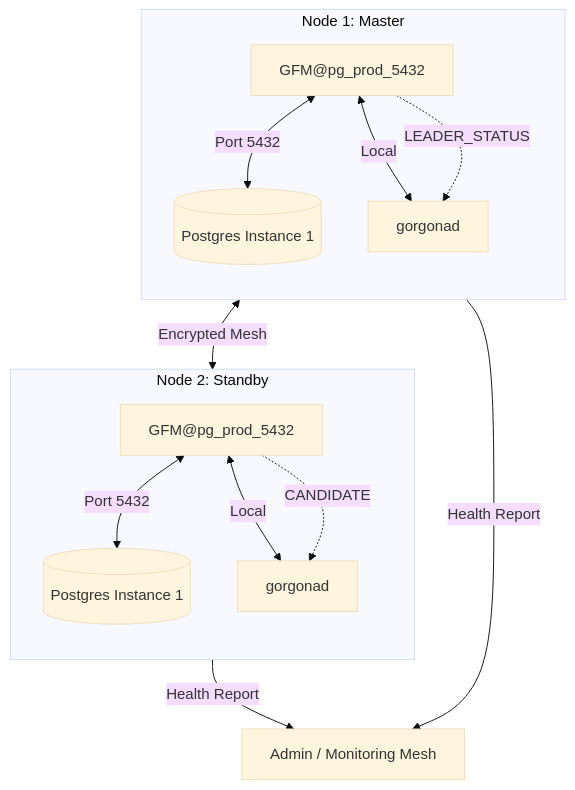
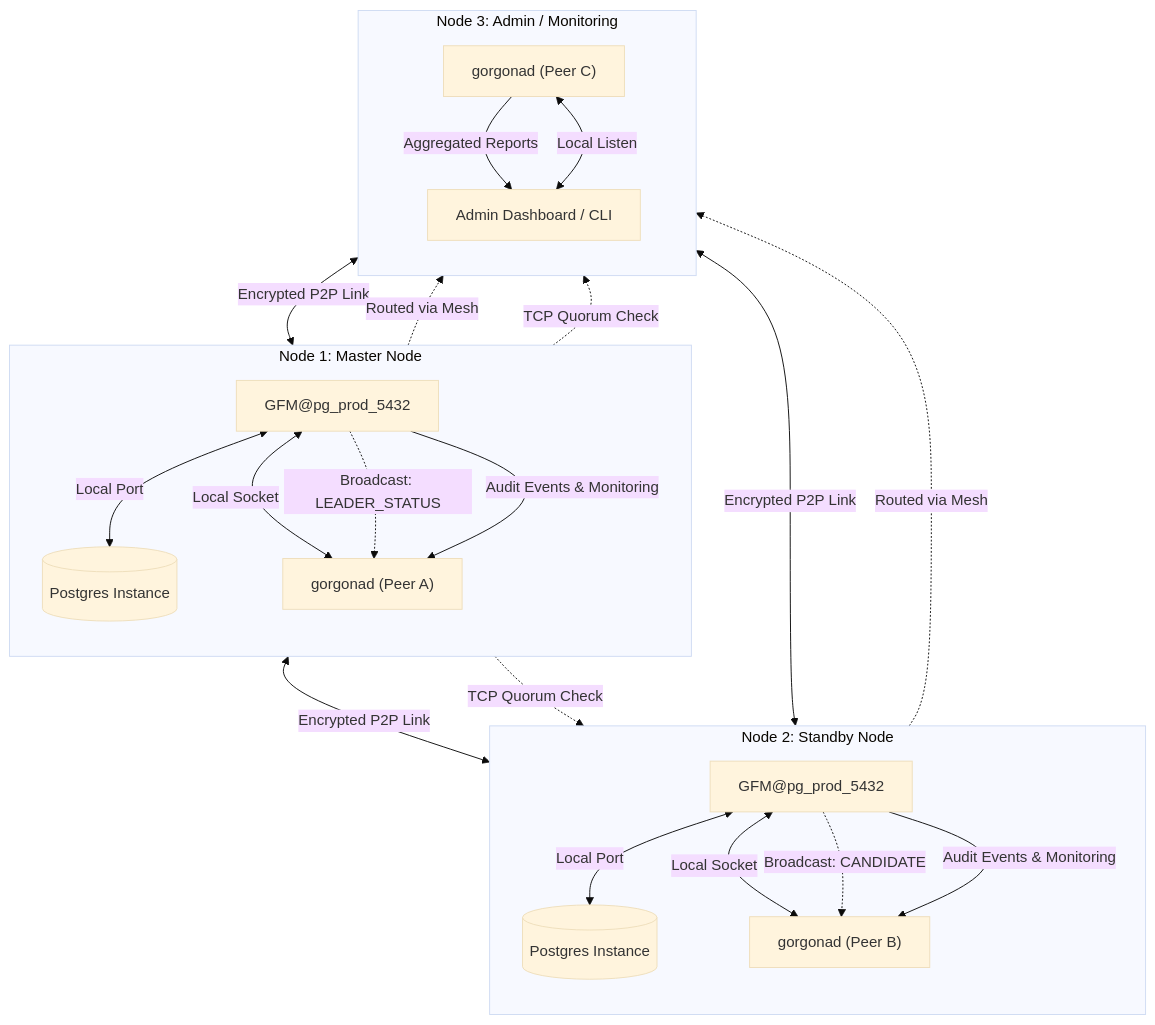
One commit to psqlmaster/gorgona changed the diagram in plugins/gfm/readme.md. Above: the diagram before and after it, drawn with Mermaid (base theme).

Commit message:
docs: refactor

````diff
--- a/plugins/gfm/readme.md
+++ b/plugins/gfm/readme.md
@@ -89,28 +89,45 @@
 ```mermaid
 graph TD
-    %% Cluster Instance 1
-    subgraph NODE1 ["Node 1: Master"]
+    %% Node 1: Master
+    subgraph NODE1 ["Node 1: Master Node"]
         direction TB
-        gfm1["GFM@pg_prod_5432"] <-->|Port 5432| pg1[("Postgres Instance 1")]
-        gfm1 <-->|Local| D1["gorgonad"]
+        gfm1["GFM@pg_prod_5432"] <-->|Local Port| pg1[("Postgres Instance")]
+        gfm1 <-->|Local Socket| D1["gorgonad (Peer A)"]
     end
 
-    %% Cluster Instance 2
-    subgraph NODE2 ["Node 2: Standby"]
+    %% Node 2: Standby
+    subgraph NODE2 ["Node 2: Standby Node"]
         direction TB
-        gfm2["GFM@pg_prod_5432"] <-->|Port 5432| pg2[("Postgres Instance 1")]
-        gfm2 <-->|Local| D2["gorgonad"]
+        gfm2["GFM@pg_prod_5432"] <-->|Local Port| pg2[("Postgres Instance")]
+        gfm2 <-->|Local Socket| D2["gorgonad (Peer B)"]
     end
 
-    %% Administrative Layer
-    ADMIN["Admin / Monitoring Mesh"] 
+    %% Node 3: Admin / Monitoring
+    subgraph NODE3 ["Node 3: Admin / Monitoring"]
+        direction TB
+        D3["gorgonad (Peer C)"]
+        UI["Admin Dashboard / CLI"] <-->|Local Listen| D3
+    end
 
-    %% P2P Signaling
-    D1 <-->|Encrypted Mesh| D2
-    gfm1 -.->|LEADER_STATUS| D1
-    gfm2 -.->|CANDIDATE| D2
+    %% P2P Mesh Layer (Full Connectivity)
+    D1 <-->|Encrypted P2P Link| D2
+    D2 <-->|Encrypted P2P Link| D3
+    D3 <-->|Encrypted P2P Link| D1
+
+    %% High-Availability Logic
+    gfm1 -.->|Broadcast: LEADER_STATUS| D1
+    gfm2 -.->|Broadcast: CANDIDATE| D2
+
+    %% Telemetry & Reporting Flow
+    gfm1 -- "Audit Events & Monitoring" --> D1
+    gfm2 -- "Audit Events & Monitoring" --> D2
     
-    %% Reporting
-    gfm1 -- "Health Report" --> ADMIN
-    gfm2 -- "Health Report" --> ADMIN
+    %% Mesh Routing to Admin
+    D1 -.->|Routed via Mesh| D3
+    D2 -.->|Routed via Mesh| D3
+    D3 -- "Aggregated Reports" --> UI
+
+    %% TCP Quorum Check (Logic Layer)
+    gfm1 -.->|TCP Quorum Check| NODE2
+    gfm1 -.->|TCP Quorum Check| NODE3
 ```
````
